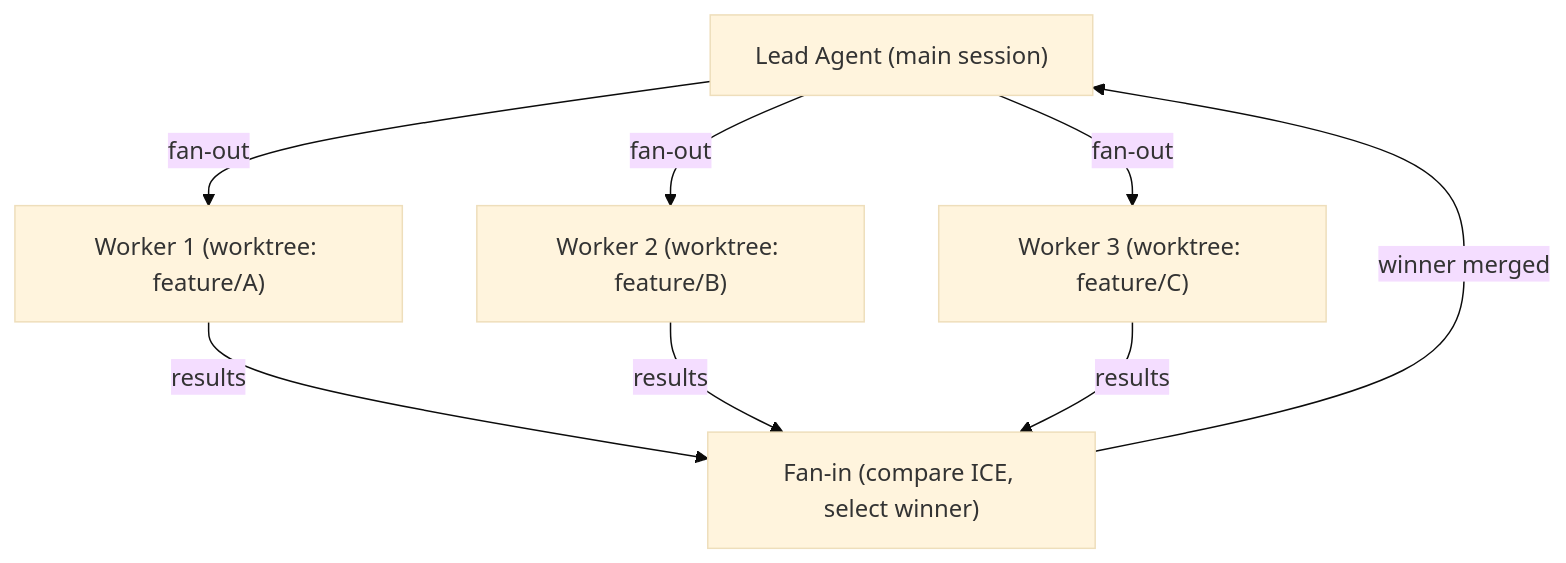
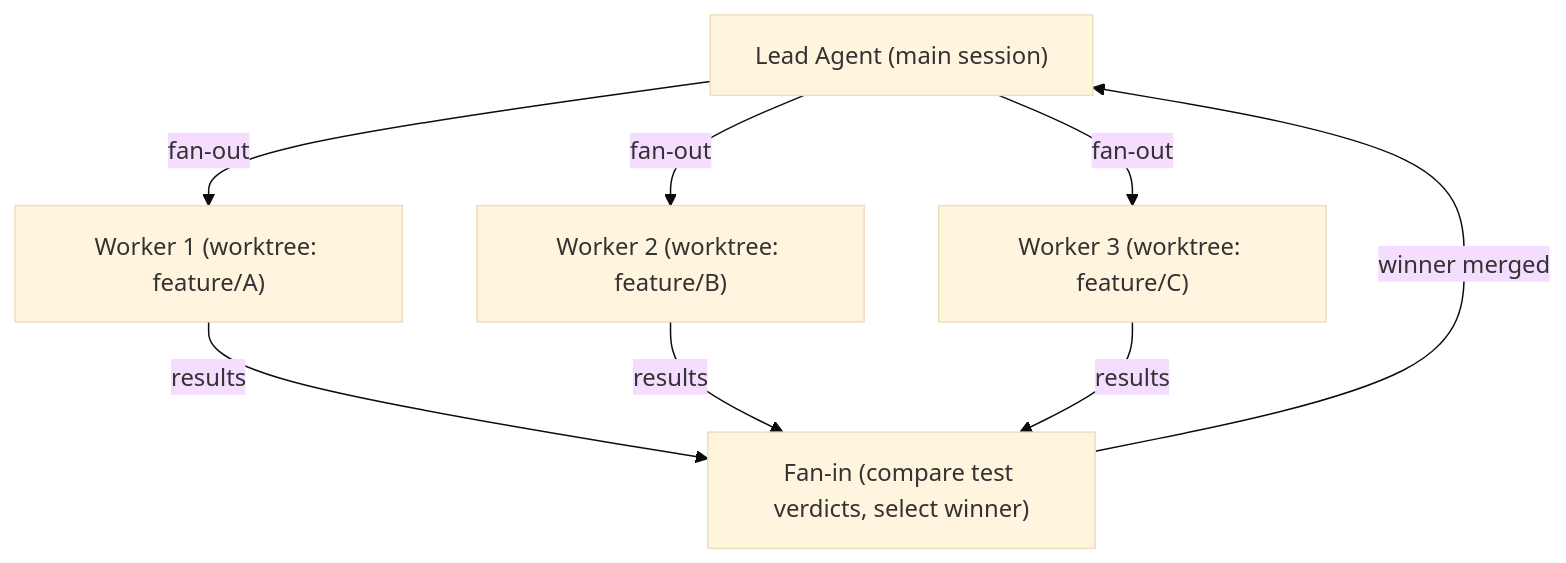
One commit to haabe/mycelium changed the third of 3 diagrams in docs/usage-modes.md. Above: the diagram before and after it, drawn with Mermaid (base theme). The commit also changed 24 other files, not shown here.

````diff
--- a/docs/usage-modes.md
+++ b/docs/usage-modes.md
@@ -89,14 +89,14 @@
 ```mermaid
 graph TD
     LEAD["Lead Agent (main session)"]
 
     LEAD -->|"fan-out"| W1["Worker 1 (worktree: feature/A)"]
     LEAD -->|"fan-out"| W2["Worker 2 (worktree: feature/B)"]
     LEAD -->|"fan-out"| W3["Worker 3 (worktree: feature/C)"]
 
-    W1 -->|"results"| FANIN["Fan-in (compare ICE, select winner)"]
+    W1 -->|"results"| FANIN["Fan-in (compare test verdicts, select winner)"]
     W2 -->|"results"| FANIN
     W3 -->|"results"| FANIN
 
     FANIN -->|"winner merged"| LEAD
 ```
````
